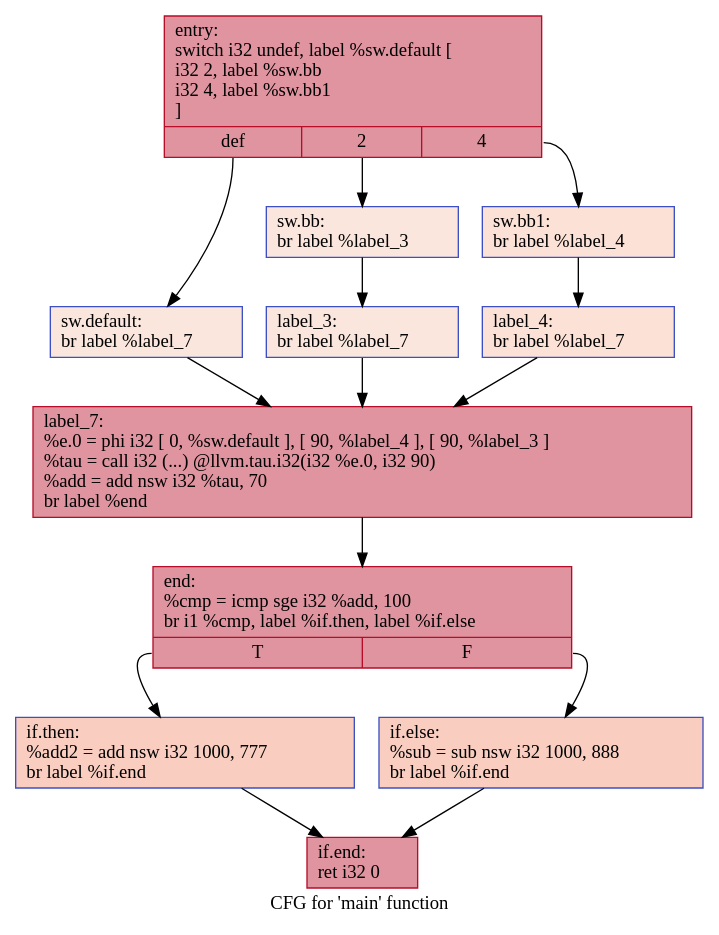
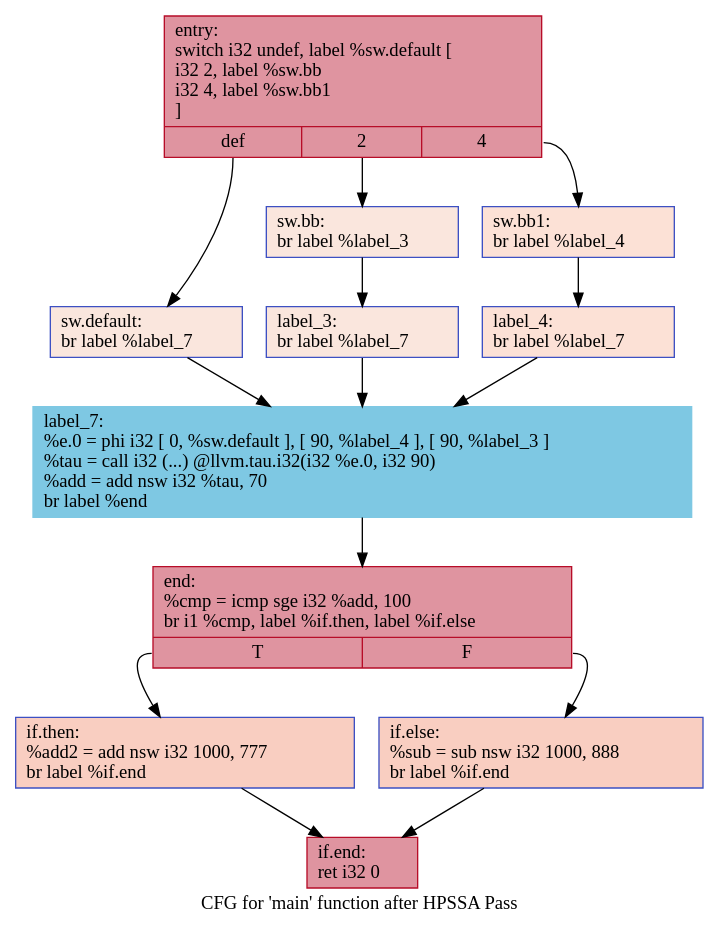
One commit to HPSSA-LLVM/HPSSA-LLVM changed the diagram in IR/cfg/afterHPSSA.dot. Above: the diagram before and after it, drawn with Graphviz. The commit also changed 12 other files, not shown here.

```diff
--- a/IR/cfg/afterHPSSA.dot
+++ b/IR/cfg/afterHPSSA.dot
@@ -1,28 +1,28 @@
 digraph "CFG for 'main' function" {
-	label="CFG for 'main' function";
+	label="CFG for 'main' function after HPSSA Pass";
 
 	Node0x55d9e0c25840 [shape=record,color="#b70d28ff", style=filled, fillcolor="#b70d2870",label="{entry:\l  switch i32 undef, label %sw.default [\l    i32 2, label %sw.bb\l    i32 4, label %sw.bb1\l  ]\l|{<s0>def|<s1>2|<s2>4}}"];
 	Node0x55d9e0c25840:s0 -> Node0x55d9e0c25da0;
 	Node0x55d9e0c25840:s1 -> Node0x55d9e0c25e20;
 	Node0x55d9e0c25840:s2 -> Node0x55d9e0c25ec0;
 	Node0x55d9e0c25e20 [shape=record,color="#3d50c3ff", style=filled, fillcolor="#f3c7b170",label="{sw.bb:                                            \l  br label %label_3\l}"];
 	Node0x55d9e0c25e20 -> Node0x55d9e0c26050;
 	Node0x55d9e0c25ec0 [shape=record,color="#3d50c3ff", style=filled, fillcolor="#f7bca170",label="{sw.bb1:                                           \l  br label %label_4\l}"];
 	Node0x55d9e0c25ec0 -> Node0x55d9e0c26130;
 	Node0x55d9e0c25da0 [shape=record,color="#3d50c3ff", style=filled, fillcolor="#f3c7b170",label="{sw.default:                                       \l  br label %label_7\l}"];
 	Node0x55d9e0c25da0 -> Node0x55d9e0c26210;
 	Node0x55d9e0c26050 [shape=record,color="#3d50c3ff", style=filled, fillcolor="#f3c7b170",label="{label_3:                                          \l  br label %label_7\l}"];
 	Node0x55d9e0c26050 -> Node0x55d9e0c26210;
 	Node0x55d9e0c26130 [shape=record,color="#3d50c3ff", style=filled, fillcolor="#f7bca170",label="{label_4:                                          \l  br label %label_7\l}"];
 	Node0x55d9e0c26130 -> Node0x55d9e0c26210;
-	Node0x55d9e0c26210 [shape=record,color="#b70d28ff", style=filled, fillcolor="#b70d2870",label="{label_7:                                          \l  %e.0 = phi i32 [ 0, %sw.default ], [ 90, %label_4 ], [ 90, %label_3 ]\l  %tau = call i32 (...) @llvm.tau.i32(i32 %e.0, i32 90)\l  %add = add nsw i32 %tau, 70\l  br label %end\l}"];
+	Node0x55d9e0c26210 [shape=record,color="#7EC8E3", style=filled, fillcolor="#7EC8E3",label="{label_7:                                          \l  %e.0 = phi i32 [ 0, %sw.default ], [ 90, %label_4 ], [ 90, %label_3 ]\l  %tau = call i32 (...) @llvm.tau.i32(i32 %e.0, i32 90)\l  %add = add nsw i32 %tau, 70\l  br label %end\l}"];
 	Node0x55d9e0c26210 -> Node0x55d9e0c267c0;
 	Node0x55d9e0c267c0 [shape=record,color="#b70d28ff", style=filled, fillcolor="#b70d2870",label="{end:                                              \l  %cmp = icmp sge i32 %add, 100\l  br i1 %cmp, label %if.then, label %if.else\l|{<s0>T|<s1>F}}"];
 	Node0x55d9e0c267c0:s0 -> Node0x55d9e0c26980;
 	Node0x55d9e0c267c0:s1 -> Node0x55d9e0c26b90;
 	Node0x55d9e0c26980 [shape=record,color="#3d50c3ff", style=filled, fillcolor="#f2907270",label="{if.then:                                          \l  %add2 = add nsw i32 1000, 777\l  br label %if.end\l}"];
 	Node0x55d9e0c26980 -> Node0x55d9e0c26dc0;
 	Node0x55d9e0c26b90 [shape=record,color="#3d50c3ff", style=filled, fillcolor="#f2907270",label="{if.else:                                          \l  %sub = sub nsw i32 1000, 888\l  br label %if.end\l}"];
 	Node0x55d9e0c26b90 -> Node0x55d9e0c26dc0;
 	Node0x55d9e0c26dc0 [shape=record,color="#b70d28ff", style=filled, fillcolor="#b70d2870",label="{if.end:                                           \l  ret i32 0\l}"];
 }
```
